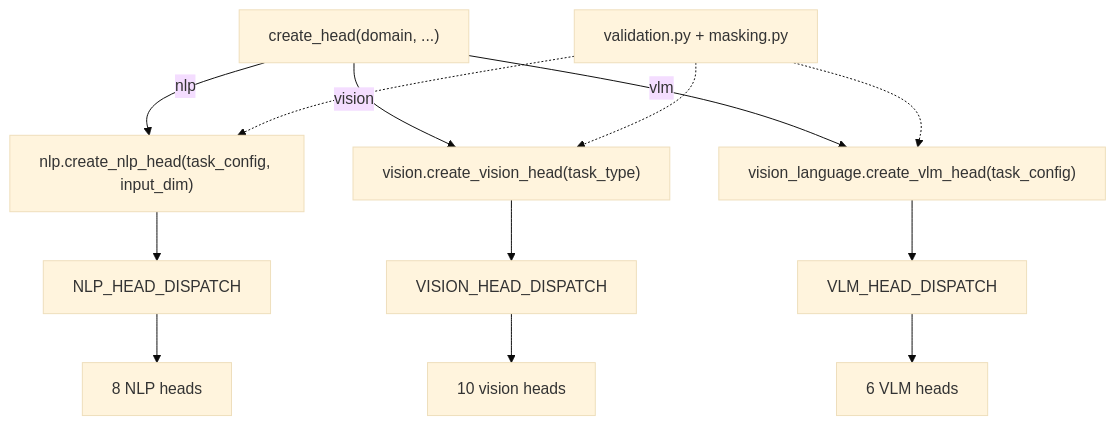
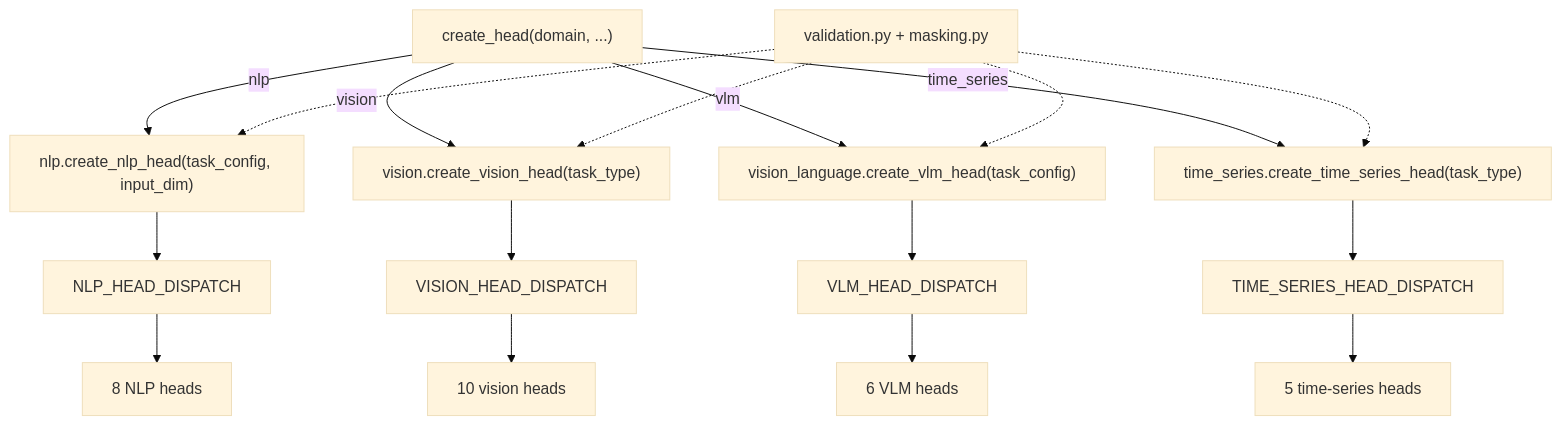
Before and after one commit to NikolasMarkou/dl_techniques: the diagram in src/dl_techniques/layers/heads/README.md, drawn with Mermaid (base theme). The commit also changed other lines of this file and 32 other files, not shown here.

````diff
--- a/src/dl_techniques/layers/heads/README.md
+++ b/src/dl_techniques/layers/heads/README.md
@@ -13,15 +13,19 @@
 ```mermaid
 flowchart TD
     CH["create_head(domain, ...)"] -->|nlp| NF["nlp.create_nlp_head(task_config, input_dim)"]
     CH -->|vision| VF["vision.create_vision_head(task_type)"]
     CH -->|vlm| LF["vision_language.create_vlm_head(task_config)"]
+    CH -->|time_series| TF["time_series.create_time_series_head(task_type)"]
     NF --> NT["NLP_HEAD_DISPATCH"]
     VF --> VT["VISION_HEAD_DISPATCH"]
     LF --> LT["VLM_HEAD_DISPATCH"]
+    TF --> TT["TIME_SERIES_HEAD_DISPATCH"]
     NT --> NH["8 NLP heads"]
     VT --> VH["10 vision heads"]
     LT --> LH["6 VLM heads"]
+    TT --> TH["5 time-series heads"]
     V["validation.py + masking.py"] -.-> NF
     V -.-> VF
     V -.-> LF
+    V -.-> TF
 ```
````
